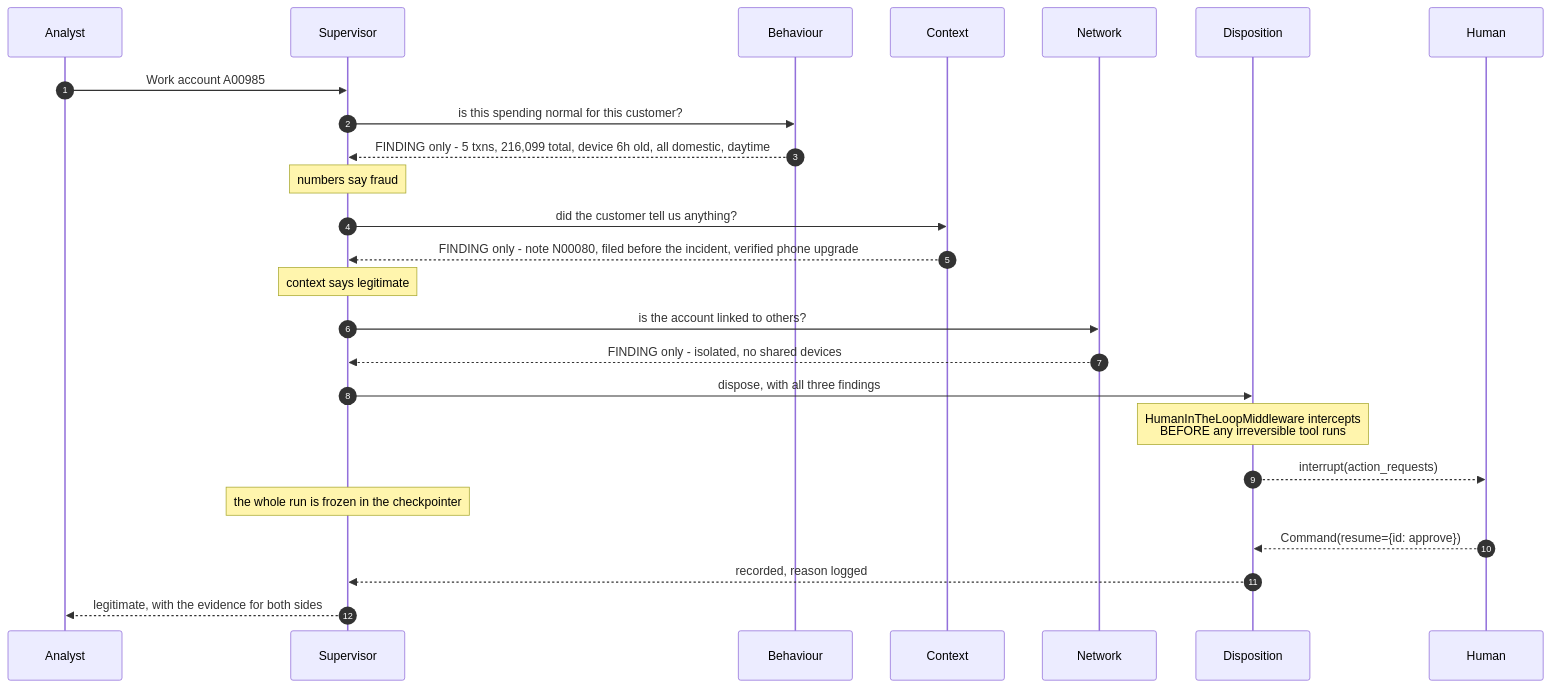
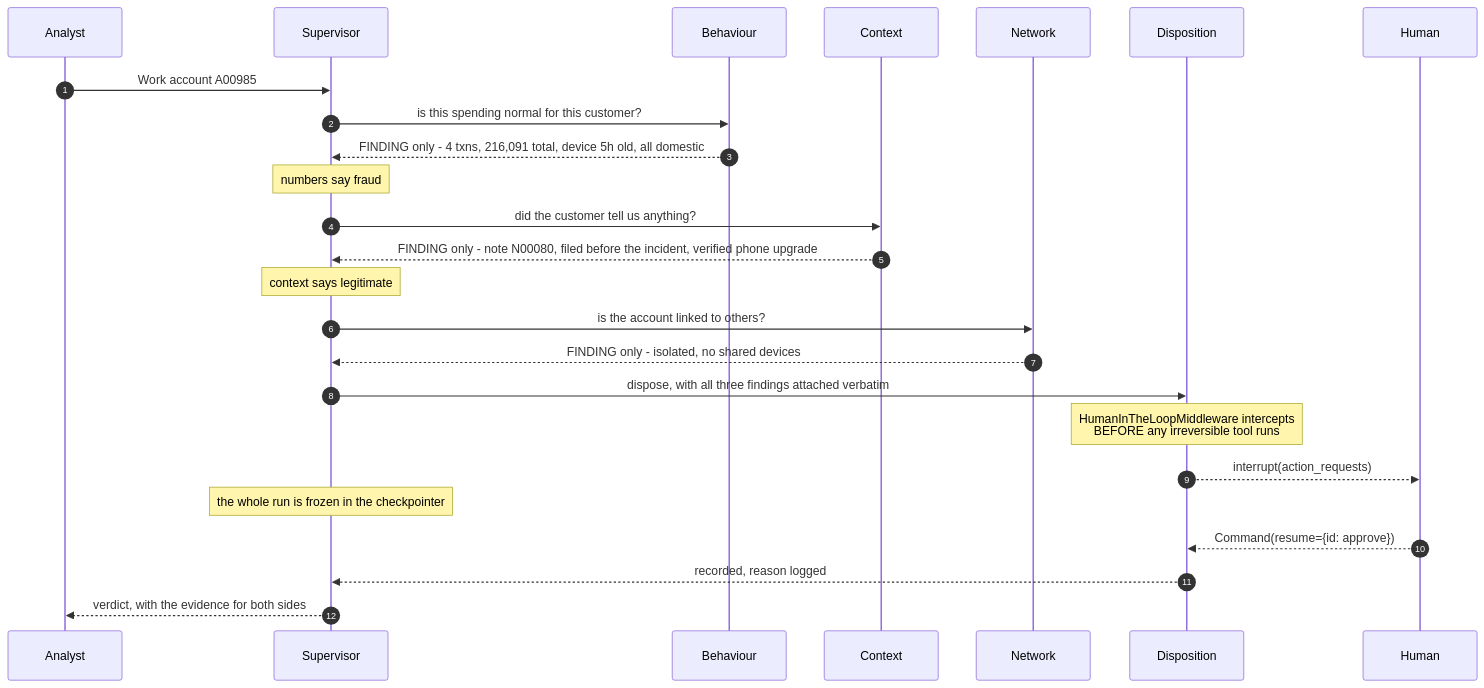
The diagram in README.md (Shivanilarokar/Sentinel-MultiagentFraudAnalyst), drawn with Mermaid before and after one commit. The commit also changed other lines of this file and 9 other files, not shown here.

````diff
--- a/README.md
+++ b/README.md
@@ -98,27 +93,27 @@
 ```mermaid
 sequenceDiagram
     autonumber
     participant U as Analyst
     participant S as Supervisor
     participant B as Behaviour
     participant C as Context
     participant N as Network
     participant D as Disposition
     participant H as Human
     U->>S: Work account A00985
     S->>B: is this spending normal for this customer?
-    B-->>S: FINDING only - 5 txns, 216,099 total, device 6h old, all domestic, daytime
+    B-->>S: FINDING only - 4 txns, 216,091 total, device 5h old, all domestic
     Note over S: numbers say fraud
     S->>C: did the customer tell us anything?
     C-->>S: FINDING only - note N00080, filed before the incident, verified phone upgrade
     Note over S: context says legitimate
     S->>N: is the account linked to others?
     N-->>S: FINDING only - isolated, no shared devices
-    S->>D: dispose, with all three findings
+    S->>D: dispose, with all three findings attached verbatim
     Note over D: HumanInTheLoopMiddleware intercepts<br/>BEFORE any irreversible tool runs
     D-->>H: interrupt(action_requests)
     Note over S: the whole run is frozen in the checkpointer
     H-->>D: Command(resume={id: approve})
     D-->>S: recorded, reason logged
-    S-->>U: legitimate, with the evidence for both sides
+    S-->>U: verdict, with the evidence for both sides
 ```
````
